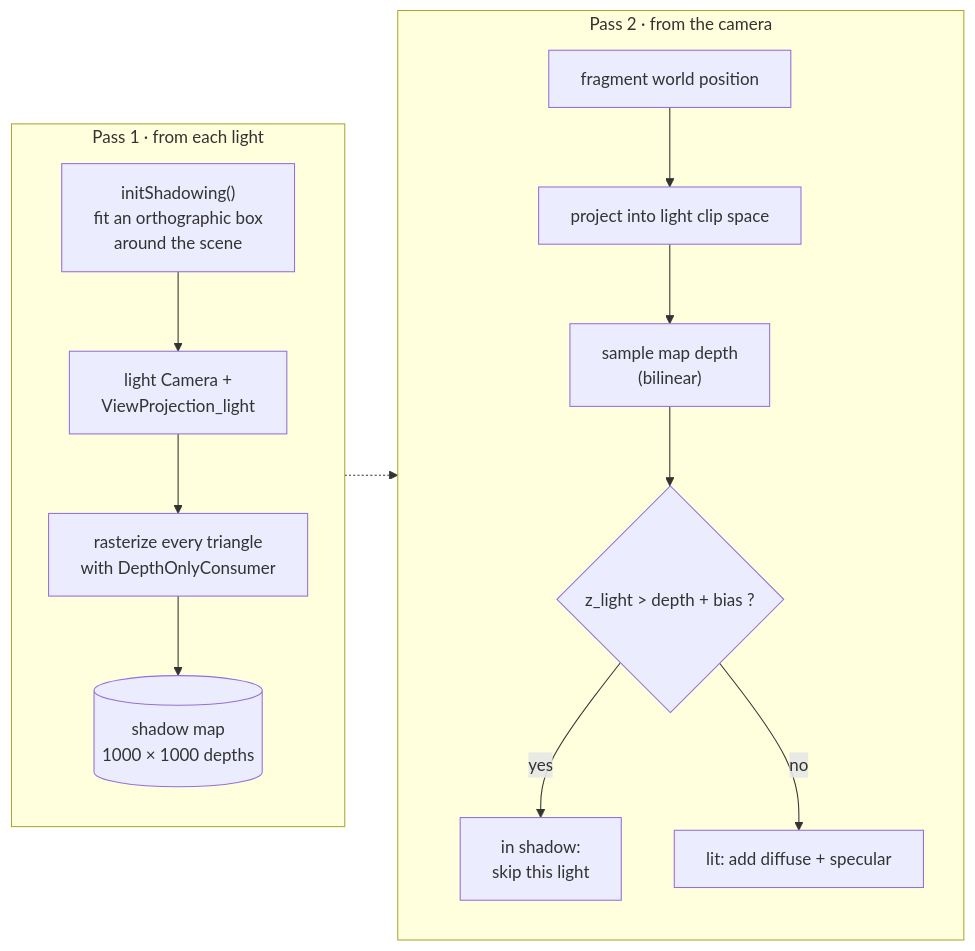
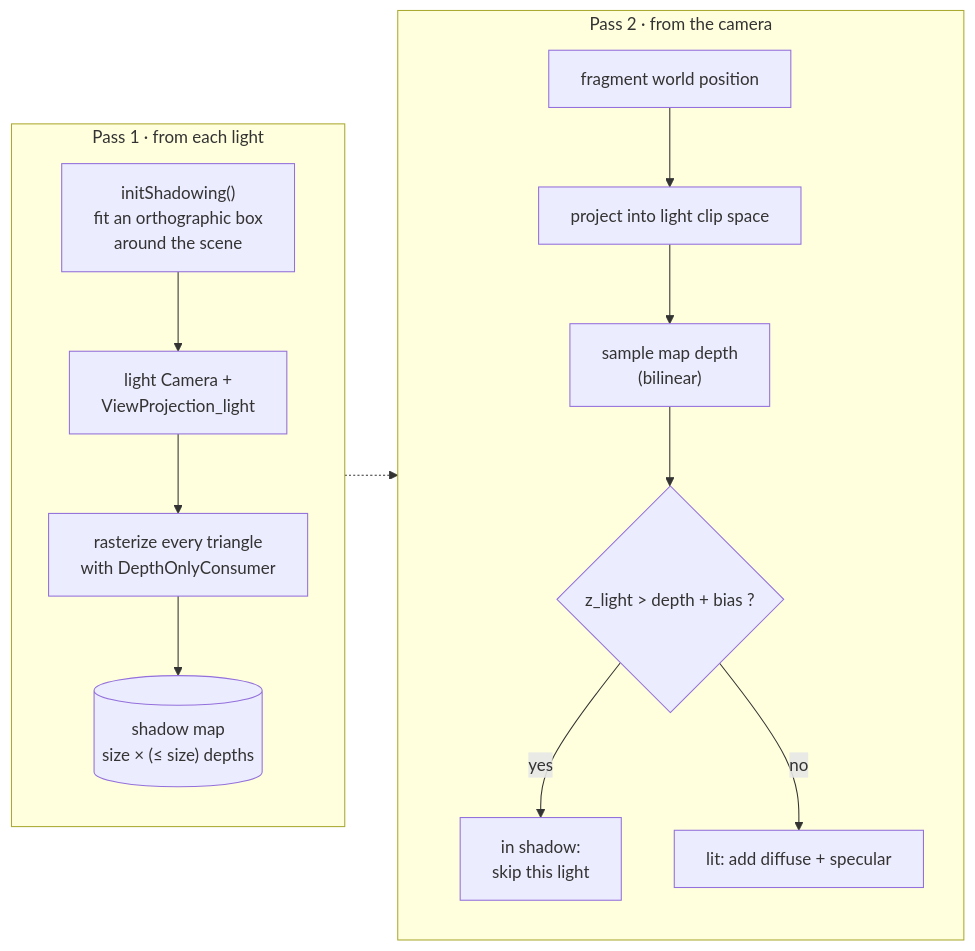
Diagram 14 of 20 in docs/DESIGN.md (obarry/Aventura), drawn with Mermaid before and after one commit. The commit also changed other lines of this file and 5 other files, not shown here.

````diff
--- a/docs/DESIGN.md
+++ b/docs/DESIGN.md
@@ -482,18 +482,18 @@
 ```mermaid
 flowchart LR
     subgraph P1["Pass 1 · from each light"]
         direction TB
         A1["initShadowing()<br/>fit an orthographic box<br/>around the scene"] --> A2["light Camera +<br/>ViewProjection_light"]
         A2 --> A3["rasterize every triangle<br/>with DepthOnlyConsumer"]
-        A3 --> A4[("shadow map<br/>1000 × 1000 depths")]
+        A3 --> A4[("shadow map<br/>size × (≤ size) depths")]
     end
     subgraph P2["Pass 2 · from the camera"]
         direction TB
         B1["fragment world position"] --> B2["project into light clip space"]
         B2 --> B3["sample map depth<br/>(bilinear)"]
         B3 --> B4{"z_light > depth + bias ?"}
         B4 -- yes --> B5["in shadow:<br/>skip this light"]
         B4 -- no --> B6["lit: add diffuse + specular"]
     end
     A4 -.-> B3
 ```
````
